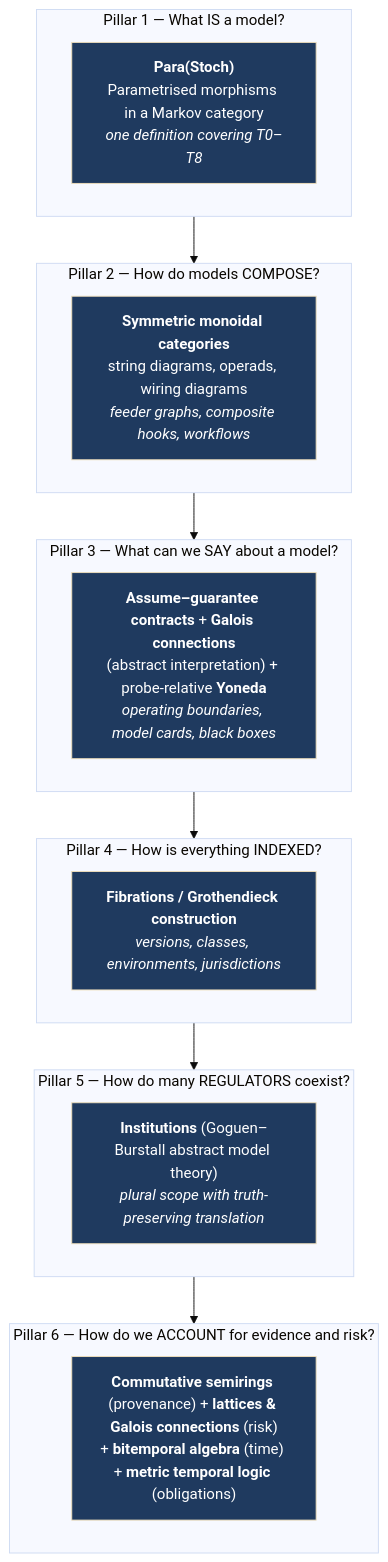
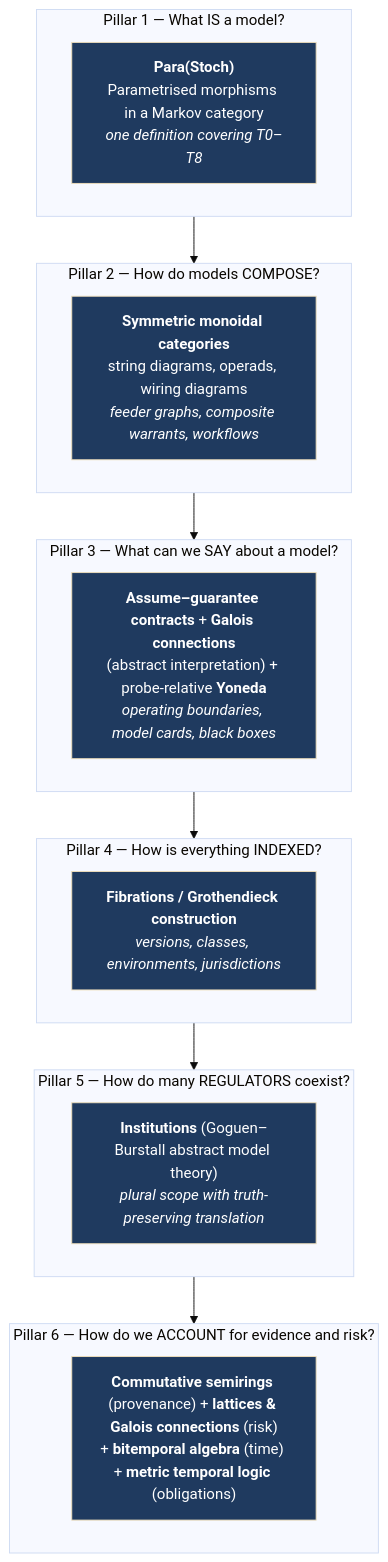
The diagram in docs/00-mathematical-foundations.md (ajsinha/maya), drawn with Mermaid (base theme) before and after one commit. The commit also changed other lines of this file and 50 other files, not shown here.

````diff
--- a/docs/00-mathematical-foundations.md
+++ b/docs/00-mathematical-foundations.md
@@ -52,28 +52,28 @@
 ```mermaid
 flowchart TB
     subgraph L1["Pillar 1 — What IS a model?"]
         A["<b>Para(Stoch)</b><br/>Parametrised morphisms in a Markov category<br/><i>one definition covering T0–T8</i>"]
     end
     subgraph L2["Pillar 2 — How do models COMPOSE?"]
-        B["<b>Symmetric monoidal categories</b><br/>string diagrams, operads, wiring diagrams<br/><i>feeder graphs, composite hooks, workflows</i>"]
+        B["<b>Symmetric monoidal categories</b><br/>string diagrams, operads, wiring diagrams<br/><i>feeder graphs, composite warrants, workflows</i>"]
     end
     subgraph L3["Pillar 3 — What can we SAY about a model?"]
         C["<b>Assume–guarantee contracts</b> + <b>Galois connections</b><br/>(abstract interpretation) + probe-relative <b>Yoneda</b><br/><i>operating boundaries, model cards, black boxes</i>"]
     end
     subgraph L4["Pillar 4 — How is everything INDEXED?"]
         D["<b>Fibrations / Grothendieck construction</b><br/><i>versions, classes, environments, jurisdictions</i>"]
     end
     subgraph L5["Pillar 5 — How do many REGULATORS coexist?"]
         E["<b>Institutions</b> (Goguen–Burstall abstract model theory)<br/><i>plural scope with truth-preserving translation</i>"]
     end
     subgraph L6["Pillar 6 — How do we ACCOUNT for evidence and risk?"]
         F["<b>Commutative semirings</b> (provenance) + <b>lattices &amp; Galois connections</b> (risk)<br/>+ <b>bitemporal algebra</b> (time) + <b>metric temporal logic</b> (obligations)"]
     end
     L1 --> L2 --> L3 --> L4 --> L5 --> L6
     style A fill:#1f3a5f,color:#fff
     style B fill:#1f3a5f,color:#fff
     style C fill:#1f3a5f,color:#fff
     style D fill:#1f3a5f,color:#fff
     style E fill:#1f3a5f,color:#fff
     style F fill:#1f3a5f,color:#fff
 ```
````
